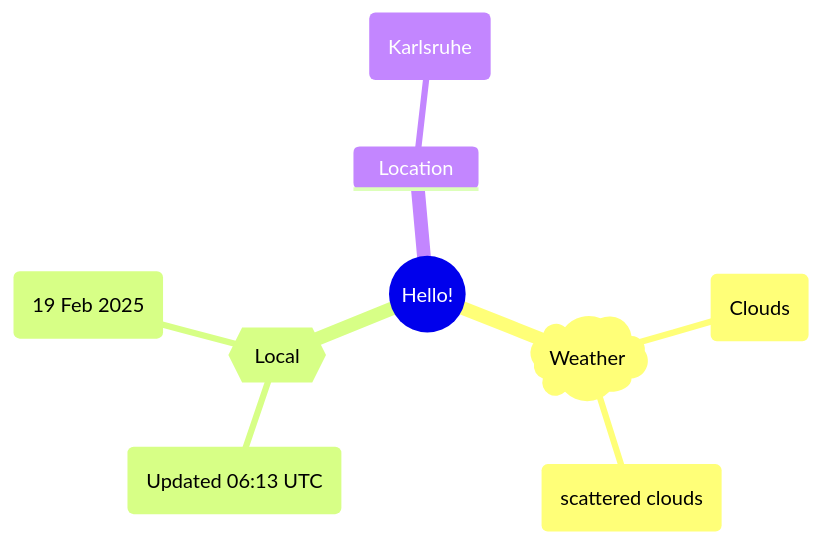
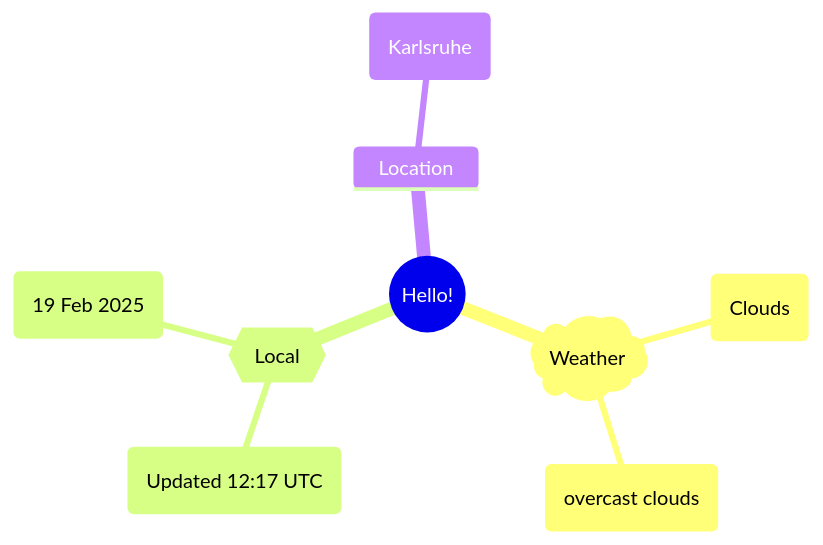
The first of 2 diagrams in README.md (Xosrov/Xosrov), drawn with Mermaid before and after one commit.

Commit message:
[bot] updated images

````diff
--- a/README.md
+++ b/README.md
@@ -3,12 +3,12 @@
 ```mermaid
 mindmap
   root((Hello!))
     )Weather(
         (Clouds)
-        (scattered clouds)
+        (overcast clouds)
     {{Local}}
-        (Updated 06:13 UTC)
+        (Updated 12:17 UTC)
         (19 Feb 2025)
     Location
         (Karlsruhe)
 ```
````
